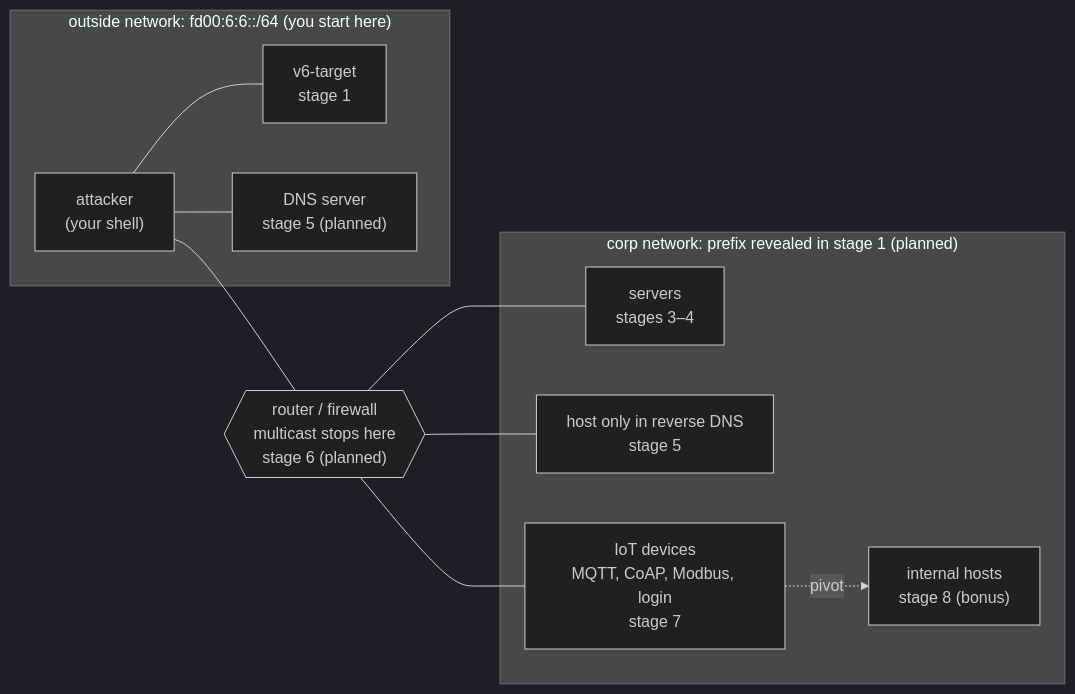
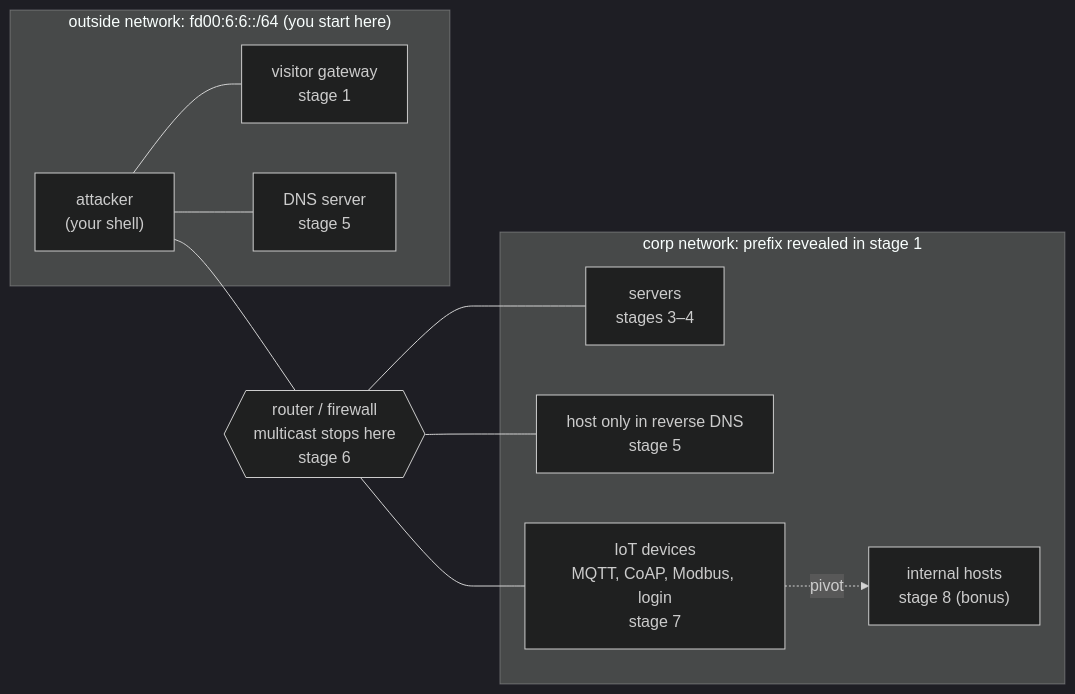
The diagram in lab3-ipv6/README.md (Moritz1008/network-scanning-lab), drawn with Mermaid (dark theme) before and after one commit. The commit also changed other lines of this file and 23 other files, not shown here.

````diff
--- a/lab3-ipv6/README.md
+++ b/lab3-ipv6/README.md
@@ -28,25 +30,25 @@
 ```mermaid
 flowchart LR
     subgraph outside["outside network: fd00:6:6::/64 (you start here)"]
         attacker["attacker<br/>(your shell)"]
-        target["v6-target<br/>stage 1"]
-        dns["DNS server<br/>stage 5 (planned)"]
+        target["visitor gateway<br/>stage 1"]
+        dns["DNS server<br/>stage 5"]
     end
 
-    router{{"router / firewall<br/>multicast stops here<br/>stage 6 (planned)"}}
+    router{{"router / firewall<br/>multicast stops here<br/>stage 6"}}
 
-    subgraph corp["corp network: prefix revealed in stage 1 (planned)"]
+    subgraph corp["corp network: prefix revealed in stage 1"]
         servers["servers<br/>stages 3–4"]
         revhost["host only in reverse DNS<br/>stage 5"]
         iot["IoT devices<br/>MQTT, CoAP, Modbus, login<br/>stage 7"]
         internal["internal hosts<br/>stage 8 (bonus)"]
     end
 
     attacker --- target
     attacker --- dns
     attacker --- router
     router --- servers
     router --- revhost
     router --- iot
     iot -. pivot .-> internal
 ```
````
